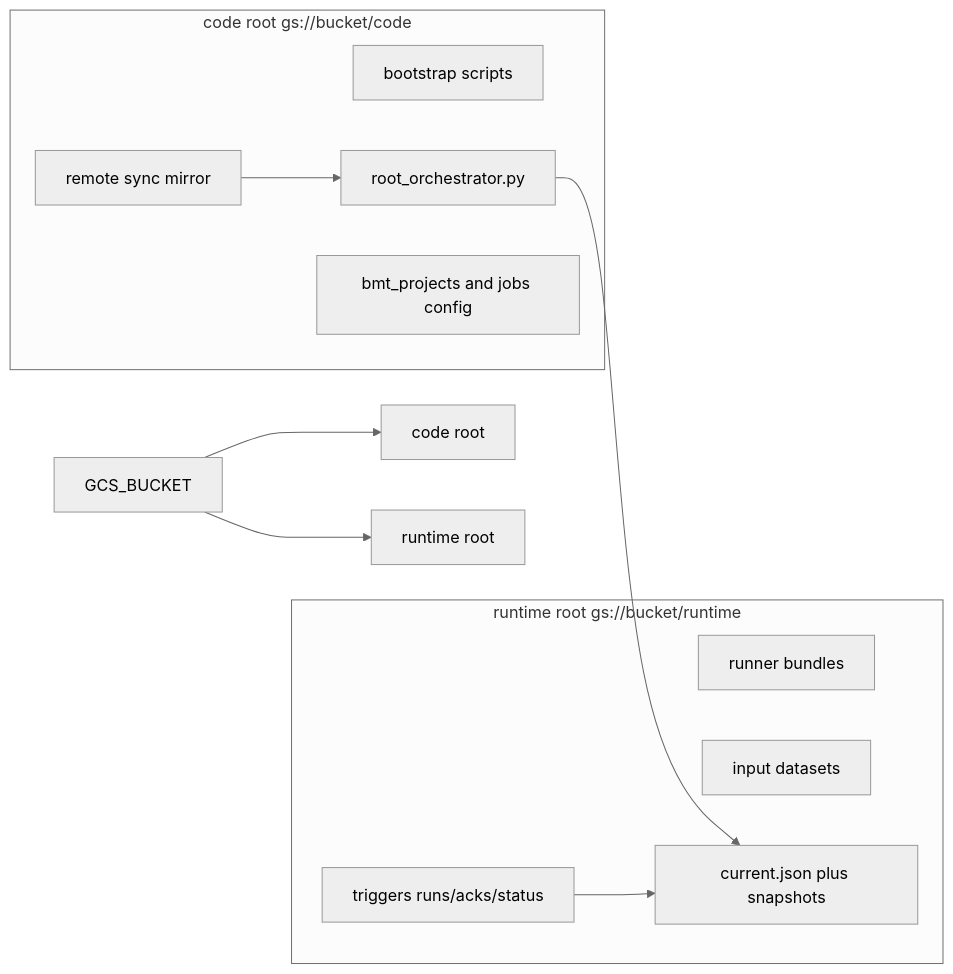
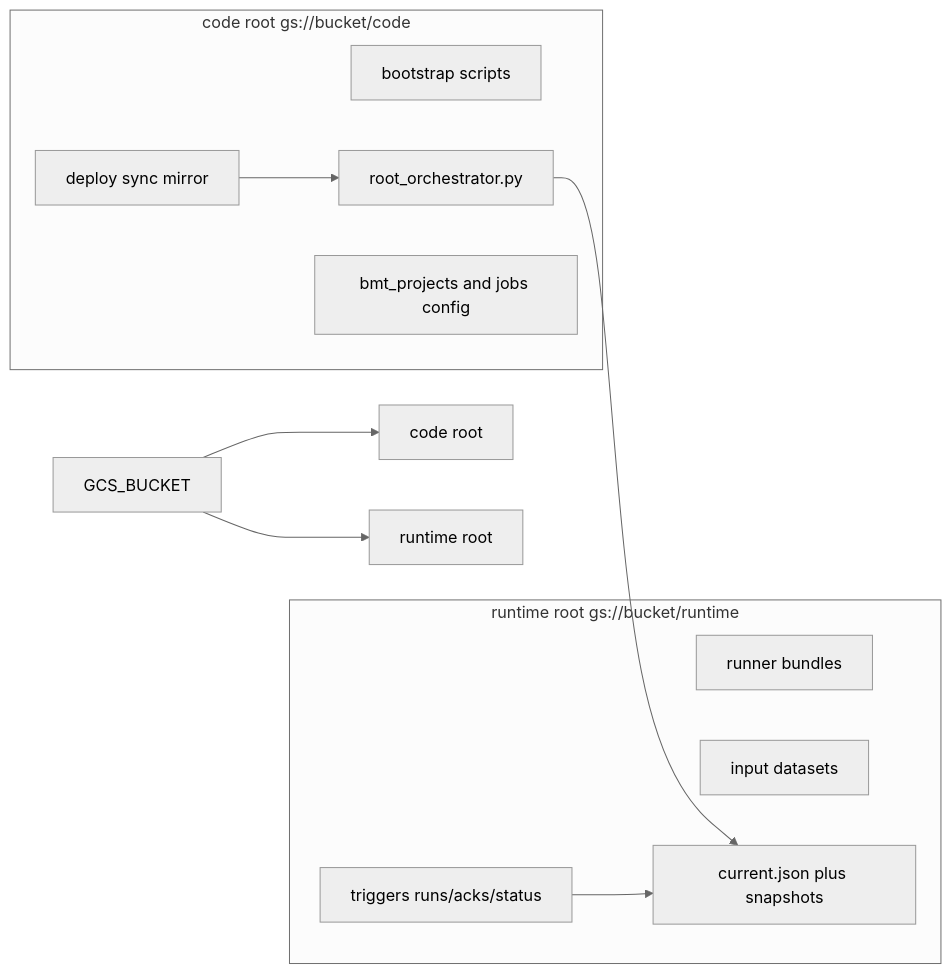
The second of 3 diagrams in docs/architecture.md (klugman-yanai/bmt-gate-sandbox), drawn with Mermaid (neutral theme) before and after one commit. The commit also changed other lines of this file and 164 other files, not shown here.

````diff
--- a/docs/architecture.md
+++ b/docs/architecture.md
@@ -41,23 +41,23 @@
 ```mermaid
 flowchart LR
     B[GCS_BUCKET] --> C[code root]
     B --> R[runtime root]
 
     subgraph CodeRoot[code root gs://bucket/code]
-      RC[remote sync mirror]
+      RC[deploy sync mirror]
       BOOT[bootstrap scripts]
       ORCH[root_orchestrator.py]
       CFG[bmt_projects and jobs config]
     end
 
     subgraph RuntimeRoot[runtime root gs://bucket/runtime]
       TRIG[triggers runs/acks/status]
       RUN[runner bundles]
       DATA[input datasets]
       RES[current.json plus snapshots]
     end
 
     RC --> ORCH
     ORCH --> RES
     TRIG --> RES
 ```
````
